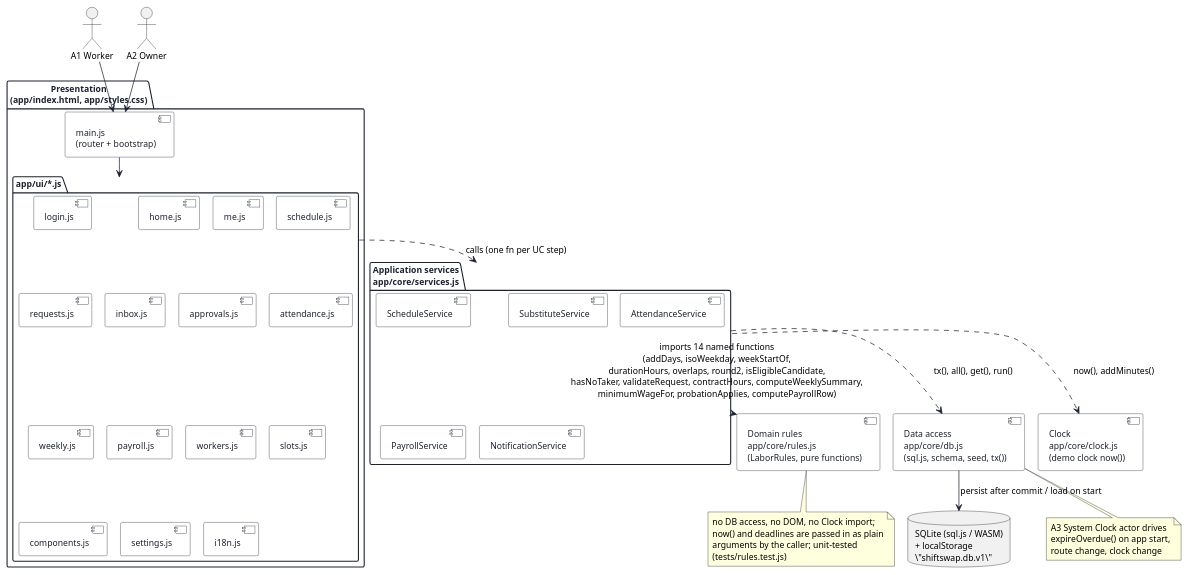
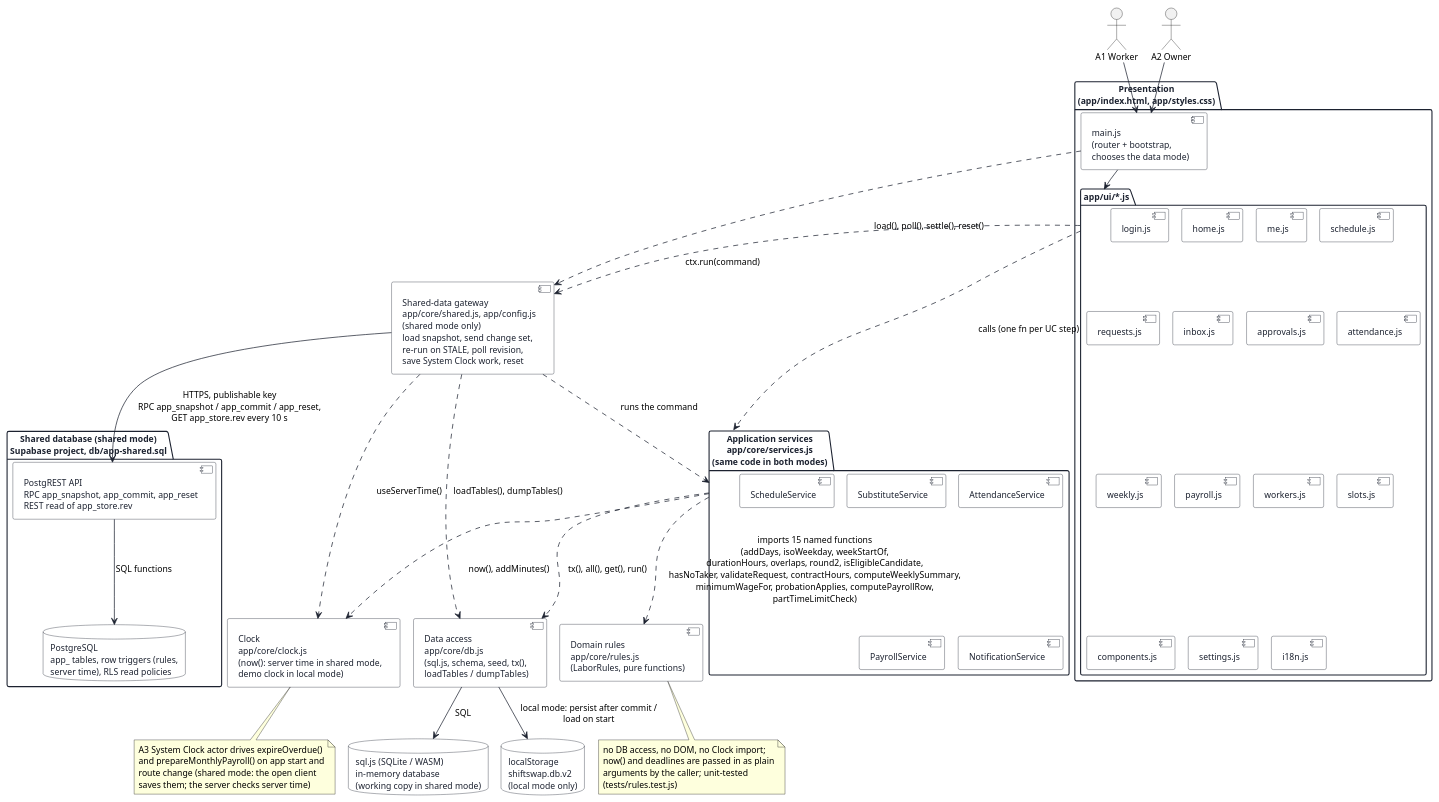
One commit to keemlogan/shiftswap changed the diagram in uml/src/component.puml. Above: the diagram before and after it, drawn with PlantUML. The commit also changed 64 other files, not shown here.

First line of the commit message:
UML and screenshots for iteration 8; S10 check of the BR-15 warning

```diff
--- a/uml/src/component.puml
+++ b/uml/src/component.puml
@@ -1,85 +1,107 @@
 @startuml component
 !pragma layout smetana
 skinparam defaultFontName "Helvetica"
 skinparam defaultFontSize 12
 skinparam shadowing false
 skinparam backgroundColor #FFFFFF
 skinparam component {
   BackgroundColor #FFFFFF
   BorderColor #1C2230
   FontColor #1C2230
   ArrowColor #1C2230
 }
 skinparam package {
   BackgroundColor #FFFFFF
   BorderColor #1C2230
   FontColor #1C2230
 }
 skinparam interface {
   BackgroundColor #FFFFFF
   BorderColor #1C2230
 }
+skinparam database {
+  BackgroundColor #FFFFFF
+  BorderColor #1C2230
+  FontColor #1C2230
+}
 
 actor "A1 Worker" as Worker
 actor "A2 Owner" as Owner
 
 package "Presentation\n(app/index.html, app/styles.css)" as Presentation {
-  [main.js\n(router + bootstrap)] as Main
+  [main.js\n(router + bootstrap,\nchooses the data mode)] as Main
   package "app/ui/*.js" as UI {
     [login.js]
     [home.js]
     [me.js]
     [schedule.js]
     [requests.js]
     [inbox.js]
     [approvals.js]
     [attendance.js]
     [weekly.js]
     [payroll.js]
     [workers.js]
     [slots.js]
     [components.js]
     [settings.js]
     [i18n.js]
   }
 }
 
-package "Application services\napp/core/services.js" as AppServices {
+package "Application services\napp/core/services.js\n(same code in both modes)" as AppServices {
   [ScheduleService]
   [SubstituteService]
   [AttendanceService]
   [PayrollService]
   [NotificationService]
 }
 
 component "Domain rules\napp/core/rules.js\n(LaborRules, pure functions)" as Rules
 
-component "Data access\napp/core/db.js\n(sql.js, schema, seed, tx())" as DBModule
+component "Shared-data gateway\napp/core/shared.js, app/config.js\n(shared mode only)\nload snapshot, send change set,\nre-run on STALE, poll revision,\nsave System Clock work, reset" as Gateway
 
-component "Clock\napp/core/clock.js\n(demo clock now())" as Clock
+component "Data access\napp/core/db.js\n(sql.js, schema, seed, tx(),\nloadTables / dumpTables)" as DBModule
 
-database "SQLite (sql.js / WASM)\n+ localStorage\n\"shiftswap.db.v1\"" as Storage
+component "Clock\napp/core/clock.js\n(now(): server time in shared mode,\ndemo clock in local mode)" as Clock
+
+database "sql.js (SQLite / WASM)\nin-memory database\n(working copy in shared mode)" as SqlJs
+
+database "localStorage\nshiftswap.db.v2\n(local mode only)" as Storage
+
+package "Shared database (shared mode)\nSupabase project, db/app-shared.sql" as Shared {
+  component "PostgREST API\nRPC app_snapshot, app_commit, app_reset\nREST read of app_store.rev" as Api
+  database "PostgreSQL\napp_ tables, row triggers (rules,\nserver time), RLS read policies" as Pg
+}
 
 Worker --> Main
 Owner --> Main
 Main --> UI
-
+Main ..> Gateway : load(), poll(), settle(), reset()
 UI ..> AppServices : calls (one fn per UC step)
-AppServices ..> Rules : imports 14 named functions\n(addDays, isoWeekday, weekStartOf,\ndurationHours, overlaps, round2, isEligibleCandidate,\nhasNoTaker, validateRequest, contractHours, computeWeeklySummary,\nminimumWageFor, probationApplies, computePayrollRow)
+UI ..> Gateway : ctx.run(command)
+Gateway ..> AppServices : runs the command
+AppServices ..> Rules : imports 15 named functions\n(addDays, isoWeekday, weekStartOf,\ndurationHours, overlaps, round2, isEligibleCandidate,\nhasNoTaker, validateRequest, contractHours, computeWeeklySummary,\nminimumWageFor, probationApplies, computePayrollRow,\npartTimeLimitCheck)
 AppServices ..> DBModule : tx(), all(), get(), run()
 AppServices ..> Clock : now(), addMinutes()
-DBModule --> Storage : persist after commit / load on start
+Gateway ..> DBModule : loadTables(), dumpTables()
+Gateway ..> Clock : useServerTime()
+Gateway --> Api : HTTPS, publishable key\nRPC app_snapshot / app_commit / app_reset,\nGET app_store.rev every 10 s
+Api --> Pg : SQL functions
+DBModule --> SqlJs : SQL
+DBModule --> Storage : local mode: persist after commit /\nload on start
 
 note bottom of Rules
   no DB access, no DOM, no Clock import;
   now() and deadlines are passed in as plain
   arguments by the caller; unit-tested
   (tests/rules.test.js)
 end note
 
-note bottom of DBModule
-  A3 System Clock actor drives
-  expireOverdue() on app start,
-  route change, clock change
+note bottom of Clock
+  A3 System Clock actor drives expireOverdue()
+  and prepareMonthlyPayroll() on app start and
+  route change (shared mode: the open client
+  saves them; the server checks server time)
 end note
 @enduml
```
